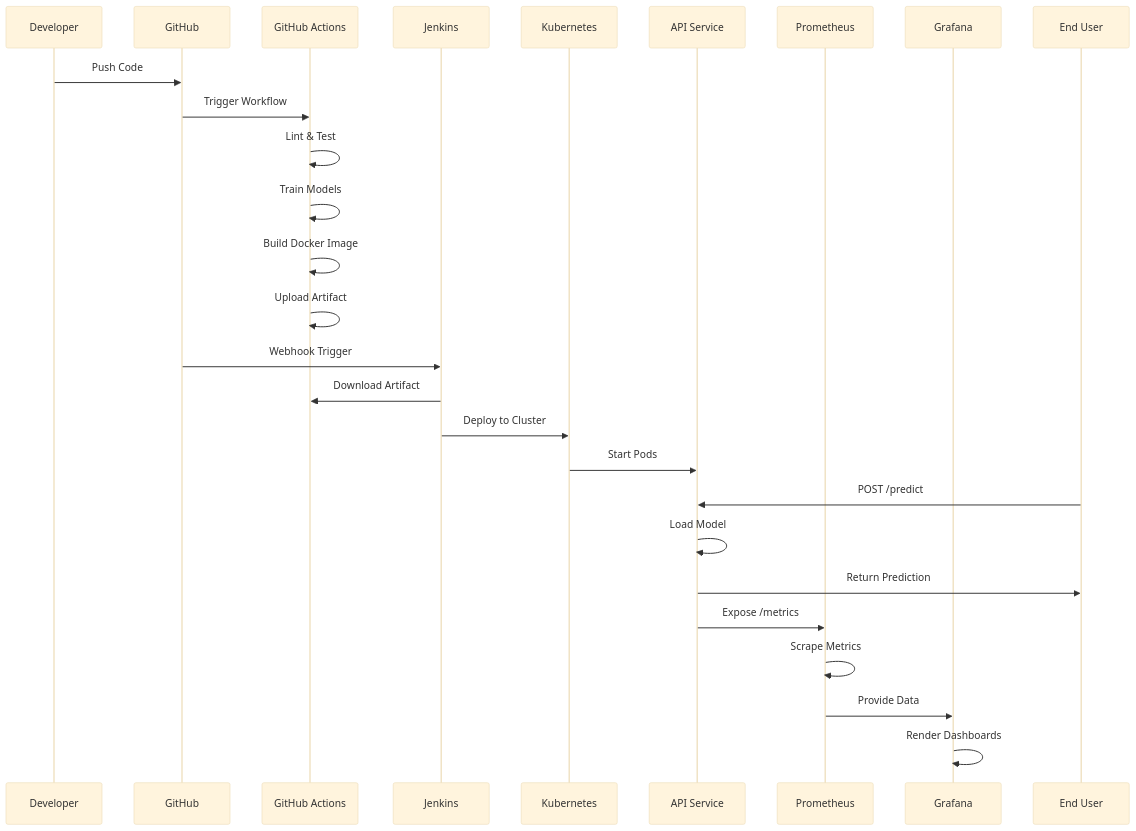
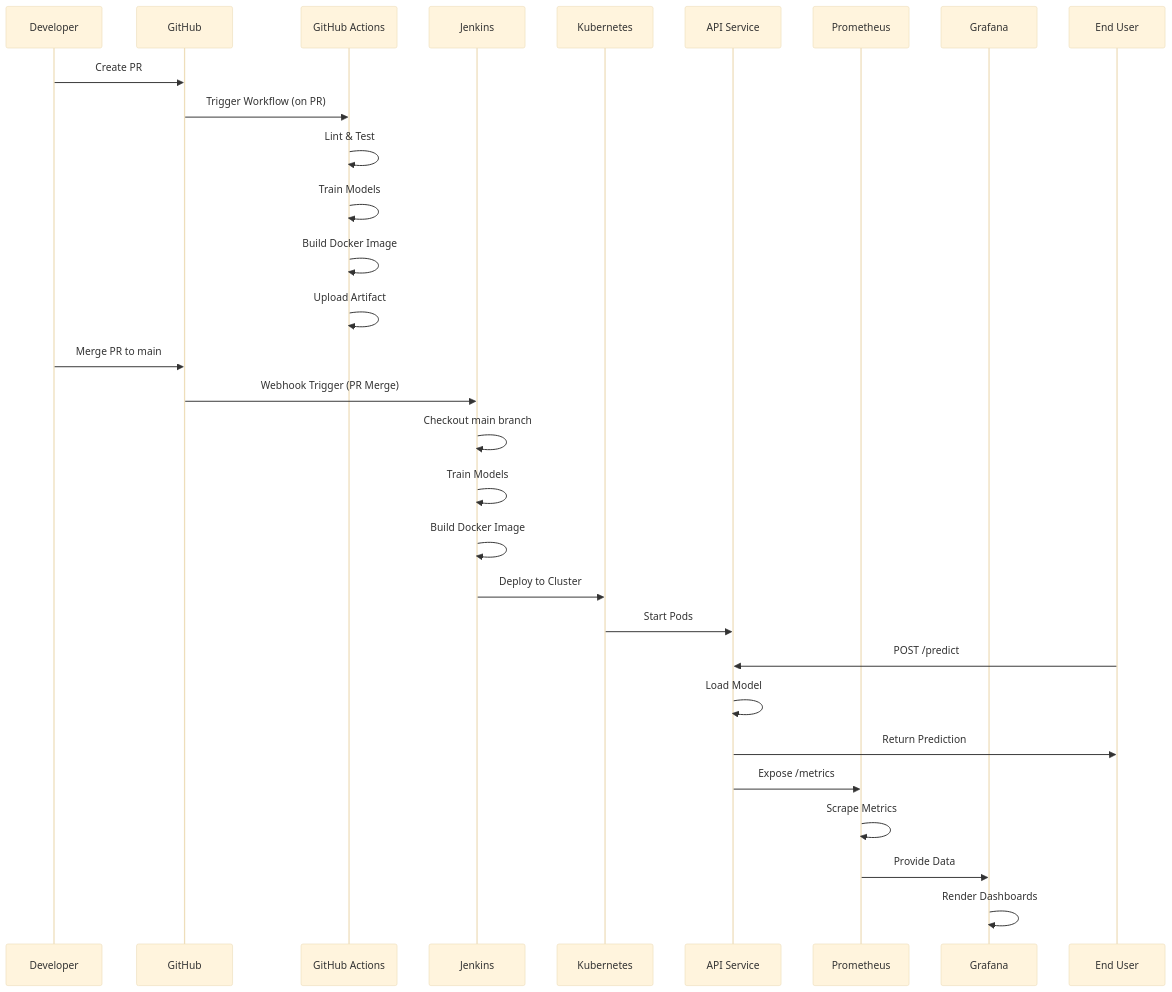
Before and after one commit to 2024aa05820/heart-disease-mlops: the second of 9 diagrams in README.md, drawn with Mermaid (base theme). The commit also changed other lines of this file and 1 other file, not shown here.

First line of the commit message:
Update Mermaid diagrams to top-to-bottom with color styling and configure Jenkins for PR merge

````diff
--- a/README.md
+++ b/README.md
@@ -97,33 +104,36 @@
 ```mermaid
 sequenceDiagram
     participant Dev as Developer
     participant GH as GitHub
     participant GA as GitHub Actions
     participant J as Jenkins
     participant K8s as Kubernetes
     participant API as API Service
     participant Prom as Prometheus
     participant Graf as Grafana
     participant User as End User
     
-    Dev->>GH: Push Code
-    GH->>GA: Trigger Workflow
+    Dev->>GH: Create PR
+    GH->>GA: Trigger Workflow (on PR)
     GA->>GA: Lint & Test
     GA->>GA: Train Models
     GA->>GA: Build Docker Image
     GA->>GA: Upload Artifact
     
-    GH->>J: Webhook Trigger
-    J->>GA: Download Artifact
+    Dev->>GH: Merge PR to main
+    GH->>J: Webhook Trigger (PR Merge)
+    J->>J: Checkout main branch
+    J->>J: Train Models
+    J->>J: Build Docker Image
     J->>K8s: Deploy to Cluster
     K8s->>API: Start Pods
     
     User->>API: POST /predict
     API->>API: Load Model
     API->>User: Return Prediction
     
     API->>Prom: Expose /metrics
     Prom->>Prom: Scrape Metrics
     Prom->>Graf: Provide Data
     Graf->>Graf: Render Dashboards
 ```
````
